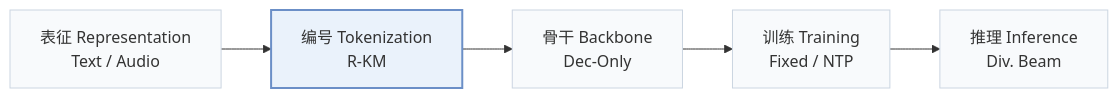
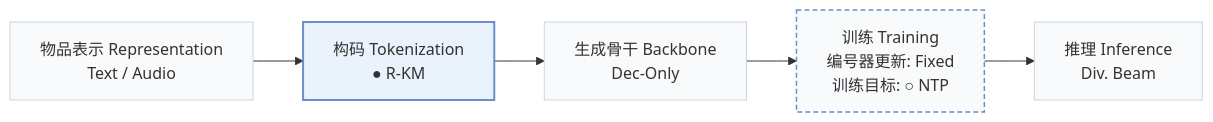
One commit to Galaxy-ghost/Awesome-SID-Generative-Rec changed the first of 2 diagrams in pages/zh/papers/sprig.md. Above: the diagram before and after it, drawn with Mermaid. The commit also changed other lines of this file and 558 other files, not shown here.

````diff
--- a/pages/zh/papers/sprig.md
+++ b/pages/zh/papers/sprig.md
@@ -15,8 +18,10 @@
 ```mermaid
 flowchart LR
-    R["表征 Representation<br/>Text / Audio"] --> T["编号 Tokenization<br/>R-KM"] --> B["骨干 Backbone<br/>Dec-Only"] --> TR["训练 Training<br/>Fixed / NTP"] --> I["推理 Inference<br/>Div. Beam"]
+    R["物品表示 Representation<br/>Text / Audio"] --> T["构码 Tokenization<br/>● R-KM"] --> B["生成骨干 Backbone<br/>Dec-Only"] --> TR["训练 Training<br/>编号器更新: Fixed<br/>训练目标: ○ NTP"] --> I["推理 Inference<br/>Div. Beam"]
     classDef base fill:#f8fafc,stroke:#cbd5e1
     class R,T,B,TR,I base
+    classDef other fill:#f8fafc,stroke:#6b8fc7,stroke-width:1.5px,stroke-dasharray:5 3
+    class TR other
     classDef main fill:#eaf2fb,stroke:#6b8fc7,stroke-width:2px
     class T main
 ```
````
